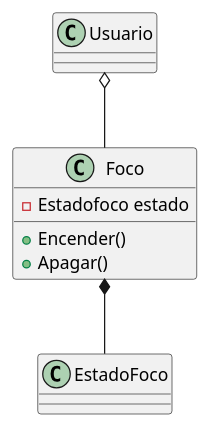
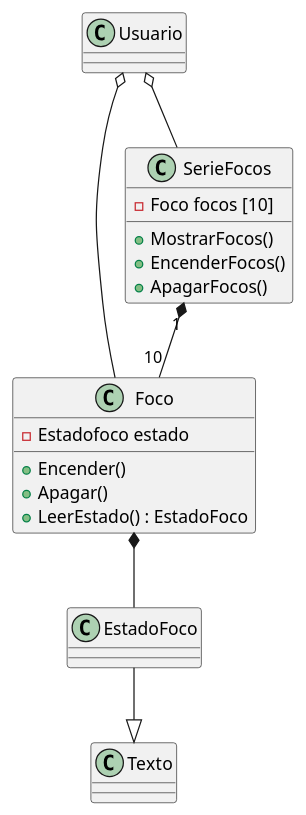
One commit to a24310288/3F261-Segundo-Parcial- changed the diagram in docs/foco.puml. Above: the diagram before and after it, drawn with PlantUML. The commit also changed 4 other files, not shown here.

```diff
--- a/docs/foco.puml
+++ b/docs/foco.puml
@@ -1,14 +1,26 @@
 @startuml foco 
+
 class Usuario
 
 class Foco{
     - Estadofoco estado 
     + Encender()
     + Apagar()
+    +LeerEstado() : EstadoFoco
 }
 
 class EstadoFoco
+class SerieFocos{
+  - Foco focos [10]
+  + MostrarFocos()
+  + EncenderFocos()
+  + ApagarFocos()
+  }
 
 Usuario o-- Foco
 Foco *-- EstadoFoco
+EstadoFoco --|> Texto
+SerieFocos "1" *-- "10" Foco
+Usuario o-- SerieFocos
+
 @enduml
```
